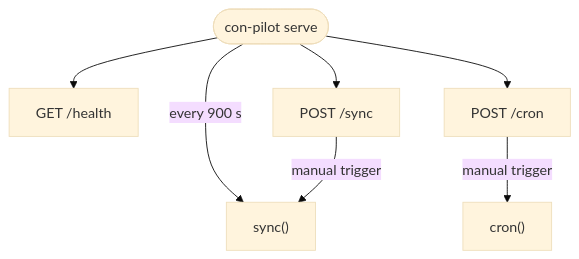
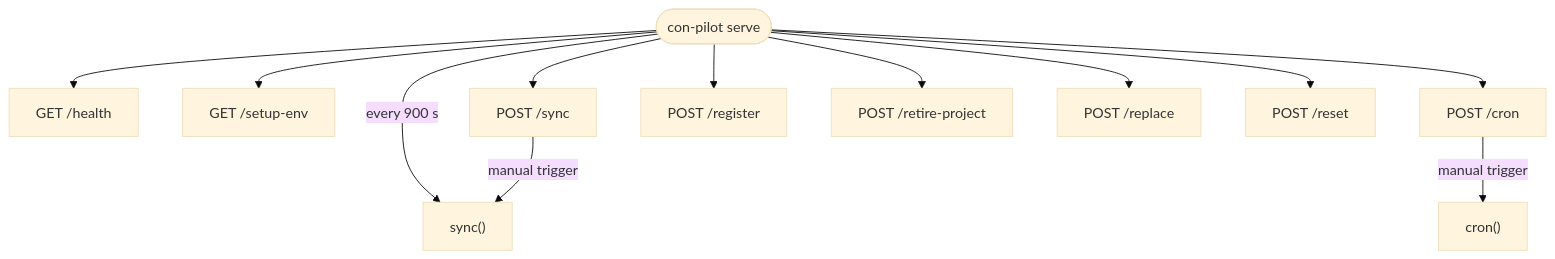
One commit to oliben67/copilot-conductor changed the third of 6 diagrams in python/con-pilot/README.md. Above: the diagram before and after it, drawn with Mermaid (base theme). The commit also changed other lines of this file and 1 other file, not shown here.

````diff
--- a/python/con-pilot/README.md
+++ b/python/con-pilot/README.md
@@ -117,10 +129,15 @@
 ```mermaid
 flowchart TD
     SV(["con-pilot serve"])
     SV -->|"every 900 s"| S["sync()"]
     SV --> H["GET /health"]
+    SV --> SE["GET /setup-env"]
     SV --> MS["POST /sync"]
     SV --> MC["POST /cron"]
+    SV --> REG["POST /register"]
+    SV --> RET["POST /retire-project"]
+    SV --> REP["POST /replace"]
+    SV --> RST["POST /reset"]
     MS -->|manual trigger| S
     MC -->|manual trigger| C["cron()"]
 ```
````
